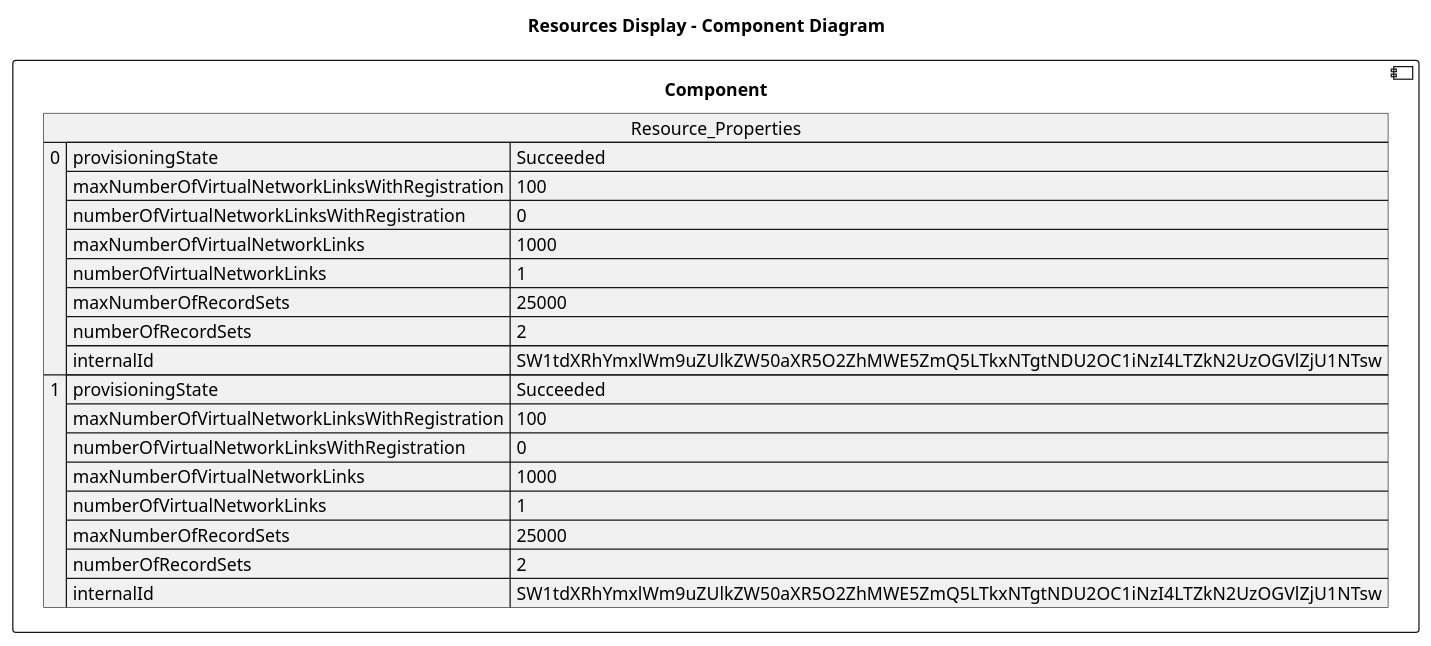
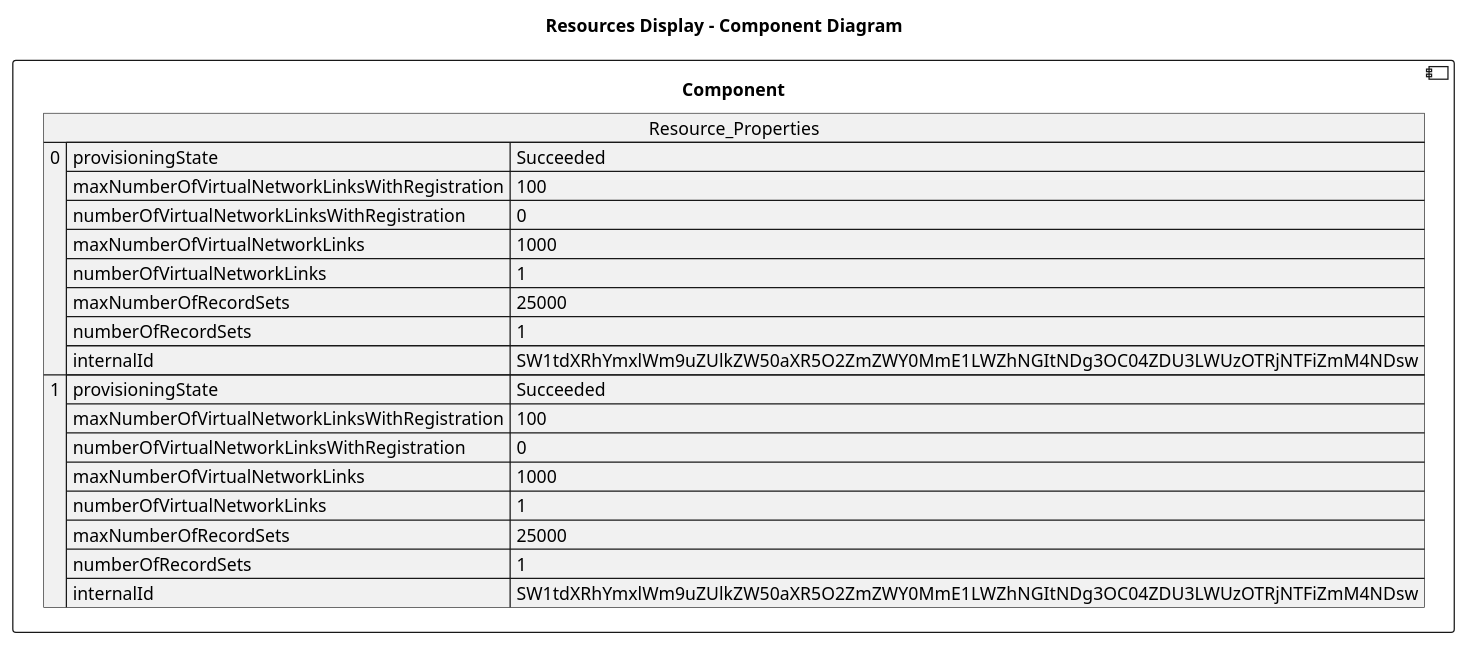
One commit to DanielAmpong/Test-Azure-architecture-diagram changed the diagram in architectureDesign/PUML/maksym-finops-private_Resources/privatelink.vaultcore.azure.net.puml. Above: the diagram before and after it, drawn with PlantUML. The commit also changed 305 other files, not shown here.

```diff
--- a/architectureDesign/PUML/maksym-finops-private_Resources/privatelink.vaultcore.azure.net.puml
+++ b/architectureDesign/PUML/maksym-finops-private_Resources/privatelink.vaultcore.azure.net.puml
@@ -1,30 +1,30 @@
 @startuml
 
 title Resources Display - Component Diagram
 
 component Component {
 
 json  Resource_Properties {
   "0": {
     "provisioningState": "Succeeded",
     "maxNumberOfVirtualNetworkLinksWithRegistration": 100,
     "numberOfVirtualNetworkLinksWithRegistration": 0,
     "maxNumberOfVirtualNetworkLinks": 1000,
     "numberOfVirtualNetworkLinks": 1,
     "maxNumberOfRecordSets": 25000,
-    "numberOfRecordSets": 2,
-    "internalId": "SW1tdXRhYmxlWm9uZUlkZW50aXR5O2ZhMWE5ZmQ5LTkxNTgtNDU2OC1iNzI4LTZkN2UzOGVlZjU1NTsw"
+    "numberOfRecordSets": 1,
+    "internalId": "SW1tdXRhYmxlWm9uZUlkZW50aXR5O2ZmZWY0MmE1LWZhNGItNDg3OC04ZDU3LWUzOTRjNTFiZmM4NDsw"
   },
   "1": {
     "provisioningState": "Succeeded",
     "maxNumberOfVirtualNetworkLinksWithRegistration": 100,
     "numberOfVirtualNetworkLinksWithRegistration": 0,
     "maxNumberOfVirtualNetworkLinks": 1000,
     "numberOfVirtualNetworkLinks": 1,
     "maxNumberOfRecordSets": 25000,
-    "numberOfRecordSets": 2,
-    "internalId": "SW1tdXRhYmxlWm9uZUlkZW50aXR5O2ZhMWE5ZmQ5LTkxNTgtNDU2OC1iNzI4LTZkN2UzOGVlZjU1NTsw"
+    "numberOfRecordSets": 1,
+    "internalId": "SW1tdXRhYmxlWm9uZUlkZW50aXR5O2ZmZWY0MmE1LWZhNGItNDg3OC04ZDU3LWUzOTRjNTFiZmM4NDsw"
   }
 }
 }
 @enduml
```
